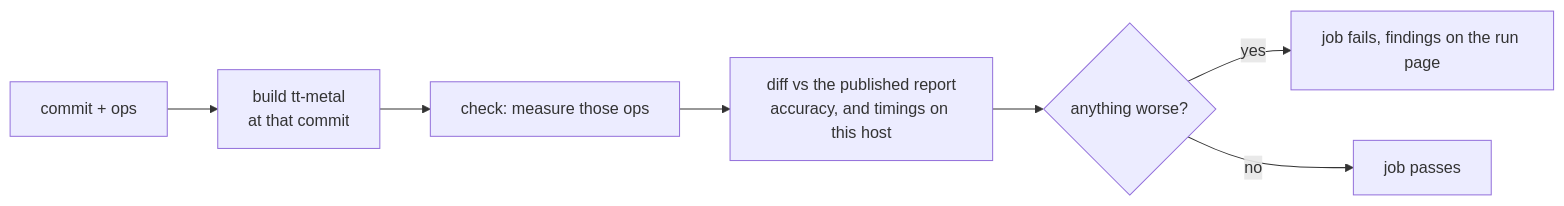
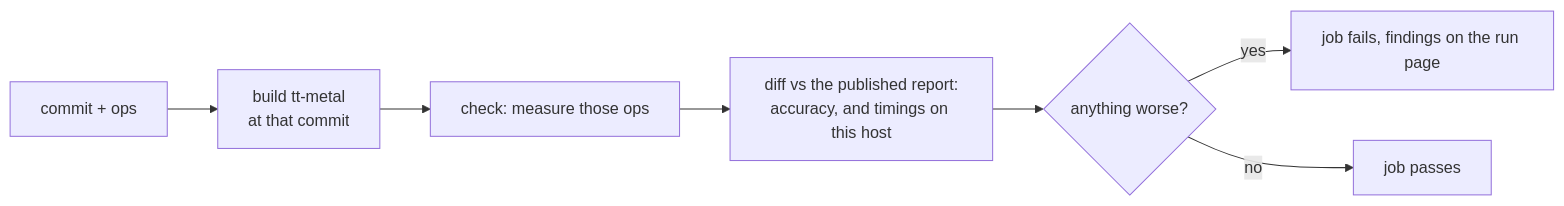
Before and after one commit to tenstorrent/tt-eltwise-accuracy-report: the first of 4 diagrams in .github/workflows/README.md, drawn with Mermaid. The commit also changed other lines of this file and 6 other files, not shown here.

````diff
--- a/.github/workflows/README.md
+++ b/.github/workflows/README.md
@@ -27,9 +61,9 @@
 ```mermaid
 flowchart LR
     I["commit + ops"] --> B["build tt-metal<br/>at that commit"]
     B --> C["check: measure those ops"]
-    C --> A["diff vs the published report<br/>accuracy, and timings on this host"]
+    C --> A["diff vs the published report:<br/>accuracy, and timings on this host"]
     A --> V{"anything worse?"}
     V -->|yes| F["job fails, findings on the run page"]
     V -->|no| P["job passes"]
 ```
````
